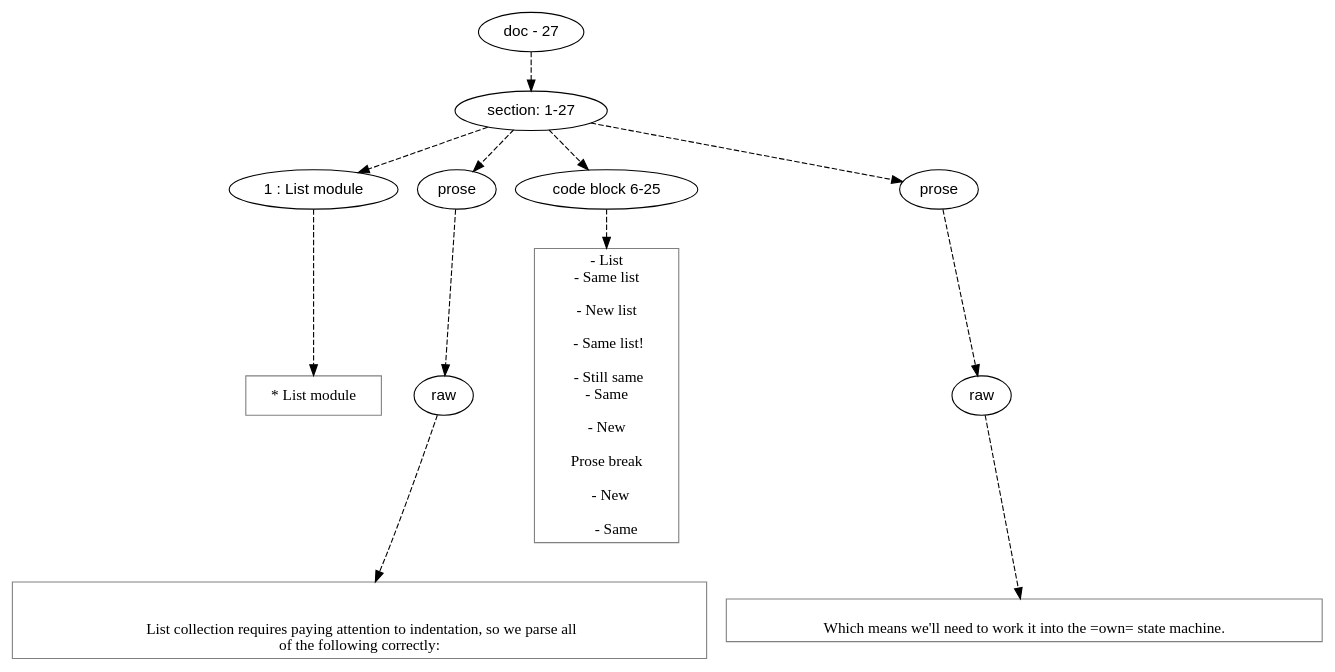
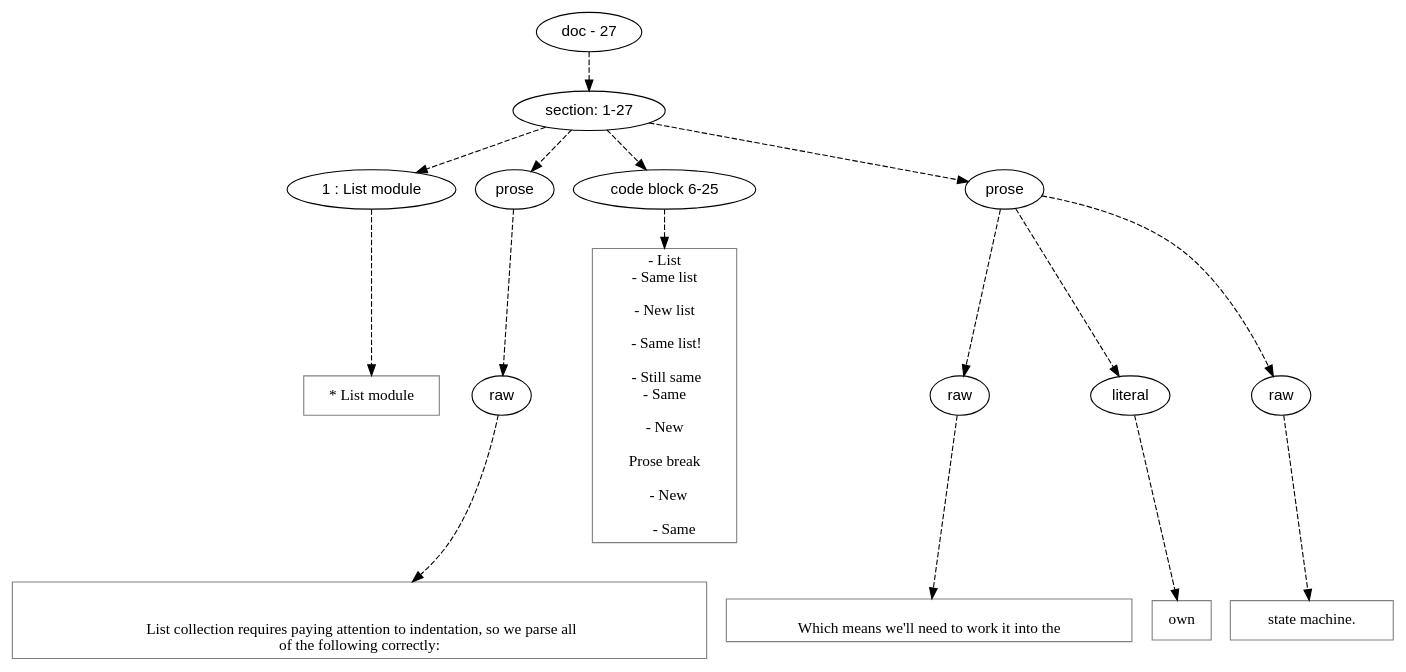
Before and after one commit to mnemnion/orb: the diagram in doc/dot/grym/list.dot, drawn with Graphviz. The commit also changed 59 other files, not shown here.

```diff
--- a/doc/dot/grym/list.dot
+++ b/doc/dot/grym/list.dot
@@ -1,70 +1,78 @@
 digraph hierarchy {
 
 node [fontname=Helvetica]
 edge [style=dashed]
 
 doc_0 [label="doc - 27"]
 
 
 doc_0 -> { section_1}
 {rank=same; section_1}
 
 section_1 [label="section: 1-27"]
 
 
 section_1 -> { header_2 prose_3 codeblock_4 prose_5}
 {rank=same; header_2 prose_3 codeblock_4 prose_5}
 
 header_2 [label="1 : List module"]
 
 prose_3 [label="prose"]
 
 codeblock_4 [label="code block 6-25"]
 
 prose_5 [label="prose"]
 
 
 header_2 -> leaf_6
 leaf_6  [color=Gray,shape=rectangle,fontname=Inconsolata,label="* List module"]
 prose_3 -> { raw_7}
 {rank=same; raw_7}
 
 raw_7 [label="raw"]
 
 
 raw_7 -> leaf_8
 leaf_8  [color=Gray,shape=rectangle,fontname=Inconsolata,label="
 
   List collection requires paying attention to indentation, so we parse all
 of the following correctly:
 "]
 codeblock_4 -> leaf_9
 leaf_9  [color=Gray,shape=rectangle,fontname=Inconsolata,label="- List
 - Same list
 
 - New list
   
   - Same list!
 
   - Still same
 - Same
 
 - New
 
 Prose break
 
    - New
 
       - Same
 "]
-prose_5 -> { raw_10}
-{rank=same; raw_10}
+prose_5 -> { raw_10 literal_11 raw_12}
+{rank=same; raw_10 literal_11 raw_12}
 
 raw_10 [label="raw"]
 
+literal_11 [label="literal"]
 
-raw_10 -> leaf_11
-leaf_11  [color=Gray,shape=rectangle,fontname=Inconsolata,label="
-Which means we'll need to work it into the =own= state machine. "]
+raw_12 [label="raw"]
+
+
+raw_10 -> leaf_13
+leaf_13  [color=Gray,shape=rectangle,fontname=Inconsolata,label="
+Which means we'll need to work it into the "]
+literal_11 -> leaf_14
+leaf_14  [color=Gray,shape=rectangle,fontname=Inconsolata,label="own"]
+raw_12 -> leaf_15
+leaf_15  [color=Gray,shape=rectangle,fontname=Inconsolata,label=" state machine. "]
 
 }
```
